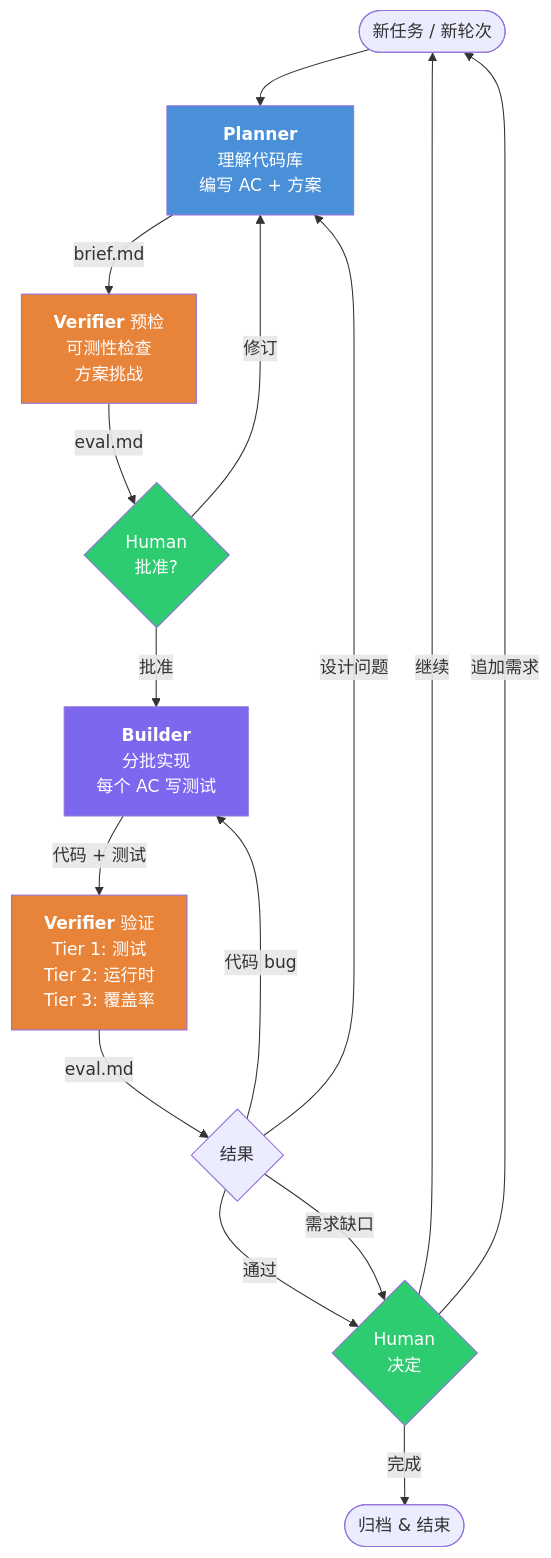
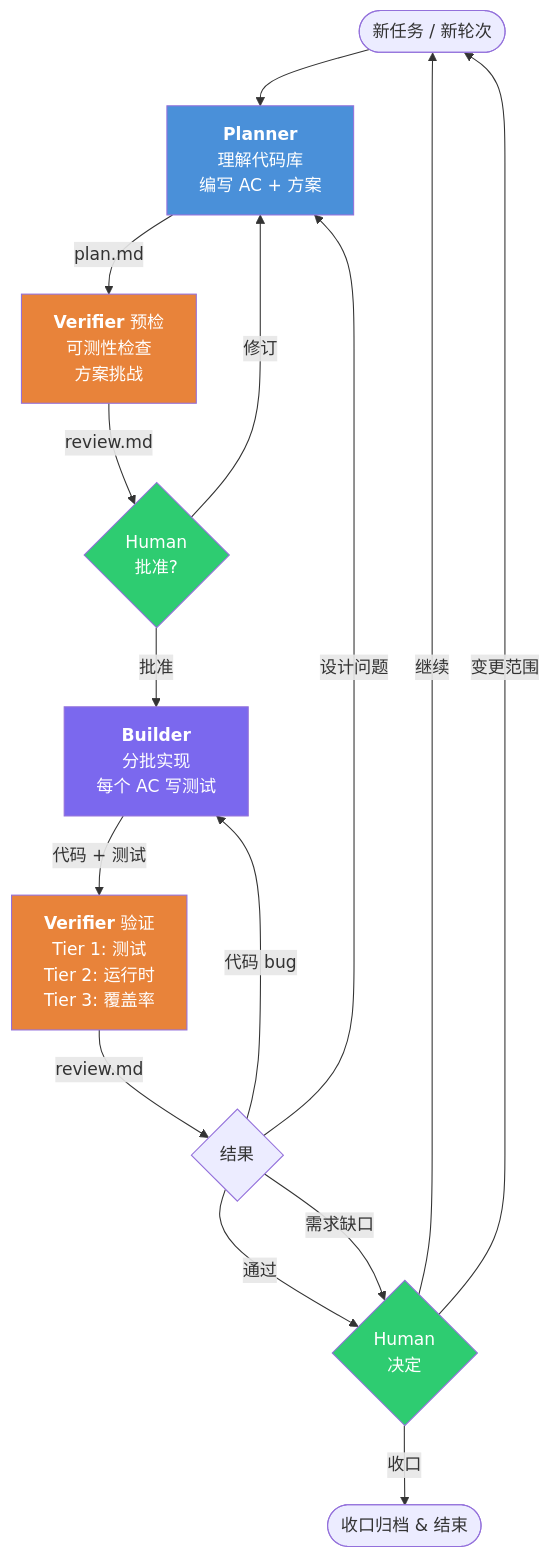
One commit to hex1n/baton changed the first of 2 diagrams in README.zh-CN.md. Above: the diagram before and after it, drawn with Mermaid. The commit also changed other lines of this file and 43 other files, not shown here.

````diff
--- a/README.zh-CN.md
+++ b/README.zh-CN.md
@@ -51,29 +63,29 @@
 ```mermaid
 flowchart TD
     Start([新任务 / 新轮次]) --> Planner
-    Planner["<b>Planner</b><br/>理解代码库<br/>编写 AC + 方案"] -->|brief.md| PreFlight
-    PreFlight["<b>Verifier</b> 预检<br/>可测性检查<br/>方案挑战"] -->|eval.md| HumanApprove
+    Planner["<b>Planner</b><br/>理解代码库<br/>编写 AC + 方案"] -->|plan.md| PreFlight
+    PreFlight["<b>Verifier</b> 预检<br/>可测性检查<br/>方案挑战"] -->|review.md| HumanApprove
     HumanApprove{Human<br/>批准?}
     HumanApprove -->|修订| Planner
     HumanApprove -->|批准| Builder
     Builder["<b>Builder</b><br/>分批实现<br/>每个 AC 写测试"] -->|代码 + 测试| Verify
-    Verify["<b>Verifier</b> 验证<br/>Tier 1: 测试<br/>Tier 2: 运行时<br/>Tier 3: 覆盖率"] -->|eval.md| Verdict
+    Verify["<b>Verifier</b> 验证<br/>Tier 1: 测试<br/>Tier 2: 运行时<br/>Tier 3: 覆盖率"] -->|review.md| Verdict
 
     Verdict{结果}
     Verdict -->|"通过"| HumanNext
     Verdict -->|"代码 bug"| Builder
     Verdict -->|"设计问题"| Planner
     Verdict -->|"需求缺口"| HumanNext
 
     HumanNext{Human<br/>决定}
     HumanNext -->|继续| Start
-    HumanNext -->|追加需求| Start
-    HumanNext -->|完成| Archive([归档 & 结束])
+    HumanNext -->|变更范围| Start
+    HumanNext -->|收口| Archive([收口归档 & 结束])
 
     style Planner fill:#4A90D9,color:#fff
     style Builder fill:#7B68EE,color:#fff
     style PreFlight fill:#E8833A,color:#fff
     style Verify fill:#E8833A,color:#fff
     style HumanApprove fill:#2ECC71,color:#fff
     style HumanNext fill:#2ECC71,color:#fff
 ```
````
